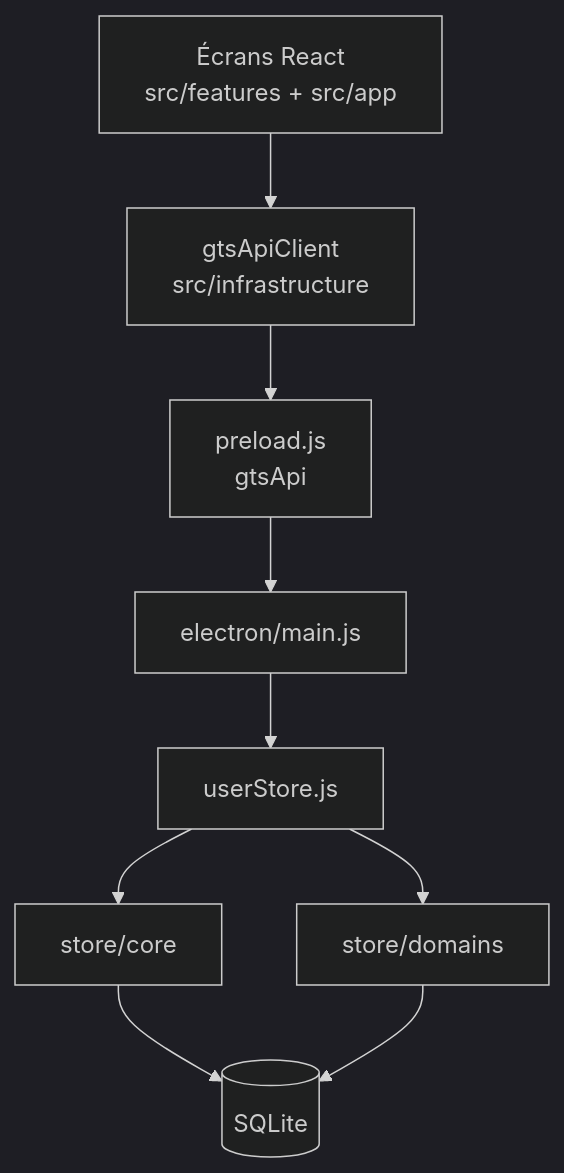
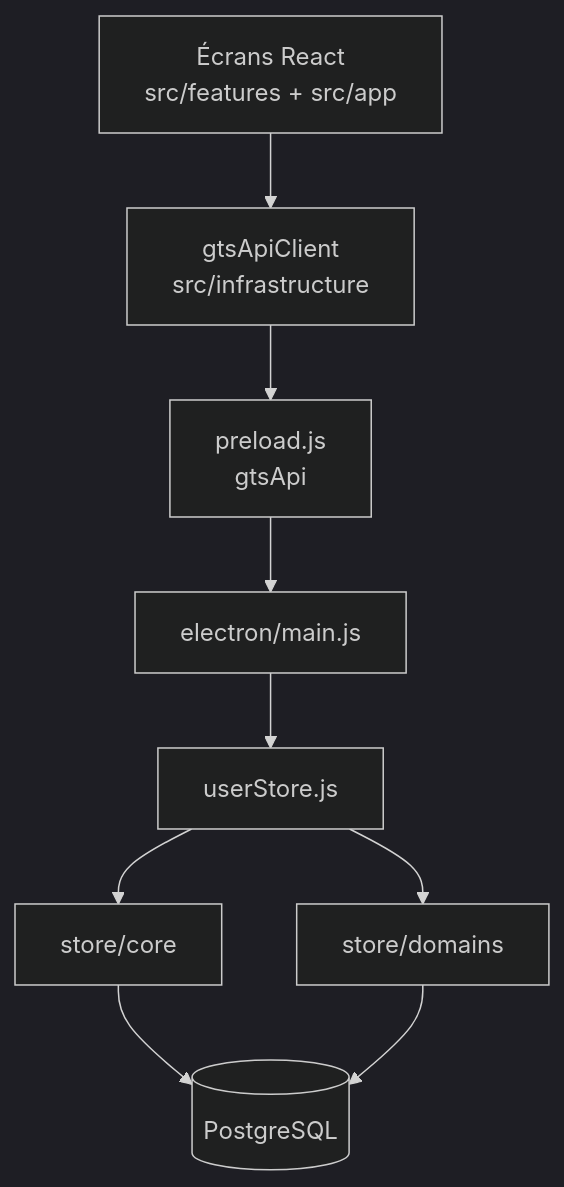
The diagram in README.md (AFergani/Goron-GTS), drawn with Mermaid (dark theme) before and after one commit. The commit also changed other lines of this file and 174 other files, not shown here.

First line of the commit message:
chore: finaliser PostgreSQL-only et purger SQLite/writer

````diff
--- a/README.md
+++ b/README.md
@@ -40,19 +40,19 @@
 ```mermaid
 flowchart TB
   UI[Écrans React\nsrc/features + src/app]
   API[gtsApiClient\nsrc/infrastructure]
   PRE[preload.js\ngtsApi]
   MAIN[electron/main.js]
   STORE[userStore.js]
   CORE[store/core]
   DOM[store/domains]
-  DB[(SQLite)]
+  PG[(PostgreSQL)]
   UI --> API
   API --> PRE
   PRE --> MAIN
   MAIN --> STORE
   STORE --> CORE
   STORE --> DOM
-  CORE --> DB
-  DOM --> DB
+  CORE --> PG
+  DOM --> PG
 ```
````
